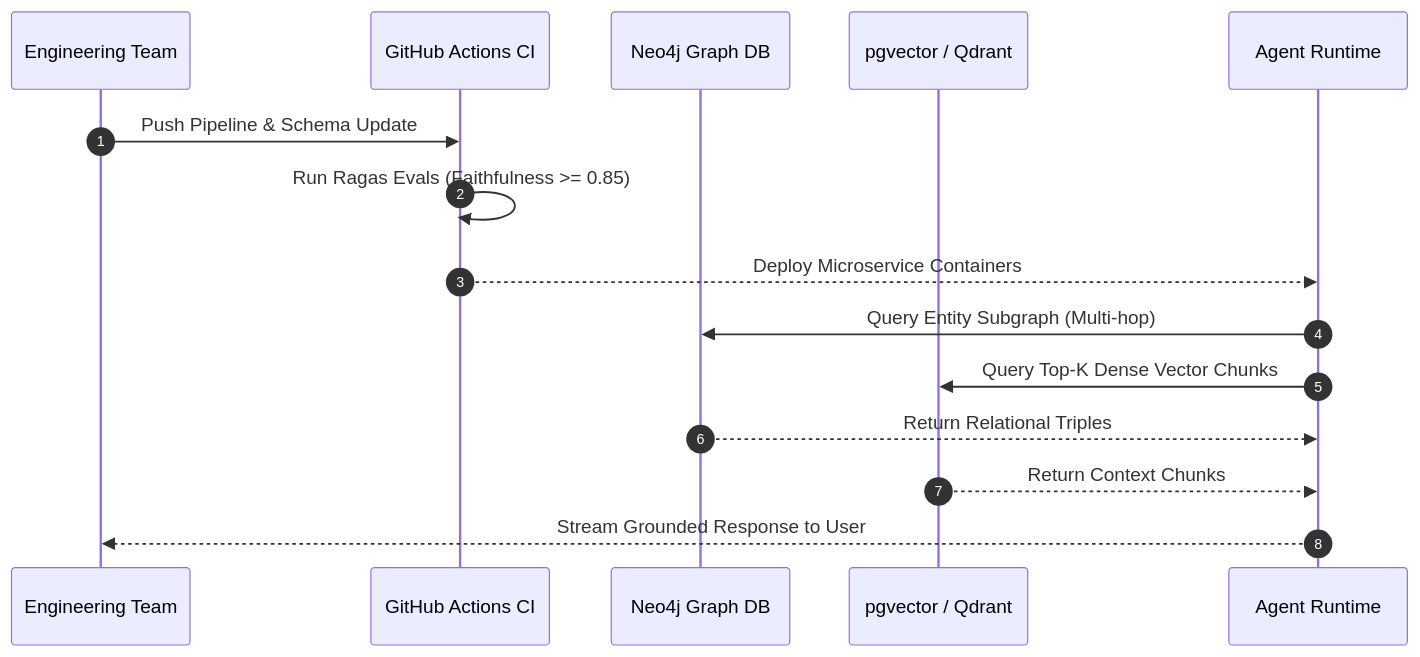
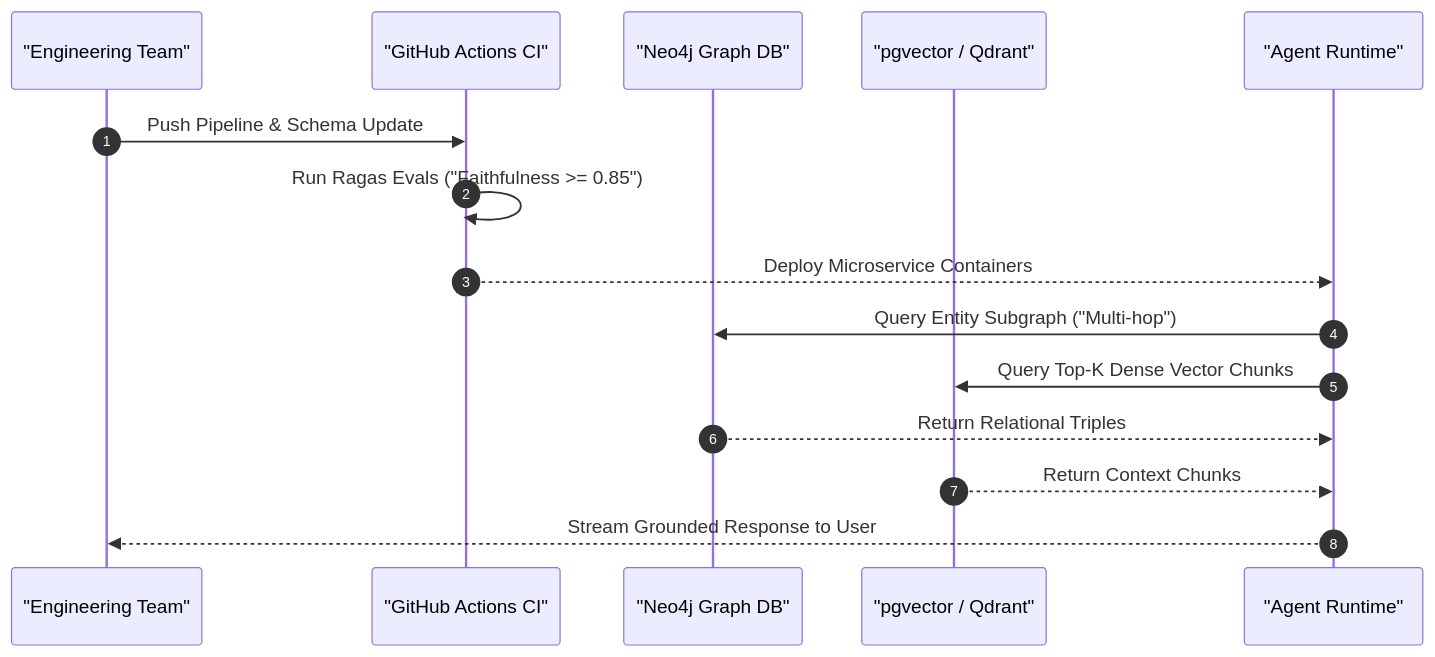
One commit to vesviet/vesviet changed the second of 2 diagrams in content/series/ai-data-engineering-pipeline/executive-summary.md. Above: the diagram before and after it, drawn with Mermaid. The commit also changed other lines of this file and 331 other files, not shown here.

````diff
--- a/content/series/ai-data-engineering-pipeline/executive-summary.md
+++ b/content/series/ai-data-engineering-pipeline/executive-summary.md
@@ -214,18 +221,18 @@
 ```mermaid
 sequenceDiagram
     autonumber
-    participant Dev as Engineering Team
-    participant CI as GitHub Actions CI
-    participant Graph as Neo4j Graph DB
-    participant Vector as pgvector / Qdrant
-    participant Prod as Agent Runtime
+    participant Dev as "Engineering Team"
+    participant CI as "GitHub Actions CI"
+    participant Graph as "Neo4j Graph DB"
+    participant Vector as "pgvector / Qdrant"
+    participant Prod as "Agent Runtime"
 
     Dev->>CI: Push Pipeline & Schema Update
-    CI->>CI: Run Ragas Evals (Faithfulness >= 0.85)
+    CI->>CI: Run Ragas Evals ("Faithfulness >= 0.85")
     CI-->>Prod: Deploy Microservice Containers
-    Prod->>Graph: Query Entity Subgraph (Multi-hop)
+    Prod->>Graph: Query Entity Subgraph ("Multi-hop")
     Prod->>Vector: Query Top-K Dense Vector Chunks
     Graph-->>Prod: Return Relational Triples
     Vector-->>Prod: Return Context Chunks
     Prod-->>Dev: Stream Grounded Response to User
 ```
````
